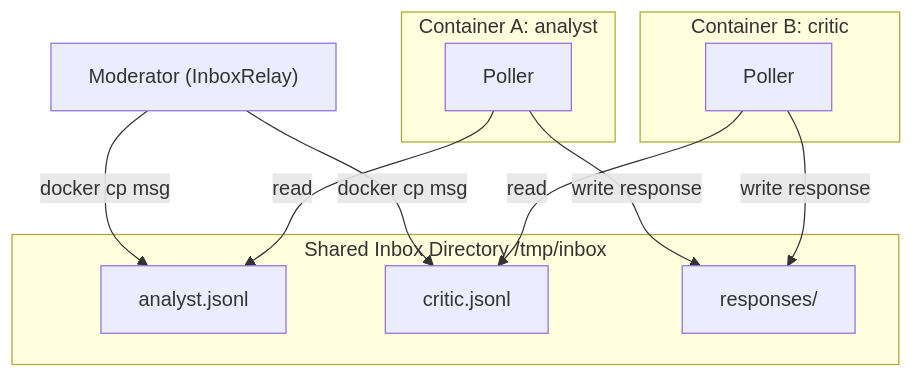
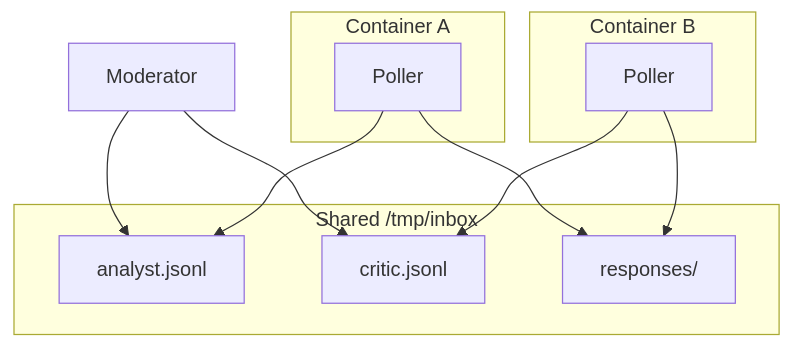
Before and after one commit to wangsen992/agentia: the first of 5 diagrams in specs/005_relay_inbox_diagrams.md, drawn with Mermaid. The commit also changed other lines of this file, not shown here.

Commit message:
Simplify diagrams 1 and 5 for GitHub compatibility

````diff
--- a/specs/005_relay_inbox_diagrams.md
+++ b/specs/005_relay_inbox_diagrams.md
@@ -9,21 +9,21 @@
 ```mermaid
 graph TB
-    Mod["Moderator (InboxRelay)"]
-    subgraph Inbox["Shared Inbox Directory /tmp/inbox"]
+    Mod["Moderator"]
+    subgraph Inbox["Shared /tmp/inbox"]
         A_IN["analyst.jsonl"]
         B_IN["critic.jsonl"]
         Resp["responses/"]
     end
-    subgraph ContainerA["Container A: analyst"]
+    subgraph CA["Container A"]
         PA["Poller"]
     end
-    subgraph ContainerB["Container B: critic"]
+    subgraph CB["Container B"]
         PB["Poller"]
     end
-    Mod -->|"docker cp msg"| A_IN
-    Mod -->|"docker cp msg"| B_IN
-    PA -->|"read"| A_IN
-    PB -->|"read"| B_IN
-    PA -->|"write response"| Resp
-    PB -->|"write response"| Resp
+    Mod --> A_IN
+    Mod --> B_IN
+    PA --> A_IN
+    PB --> B_IN
+    PA --> Resp
+    PB --> Resp
 ```
````
